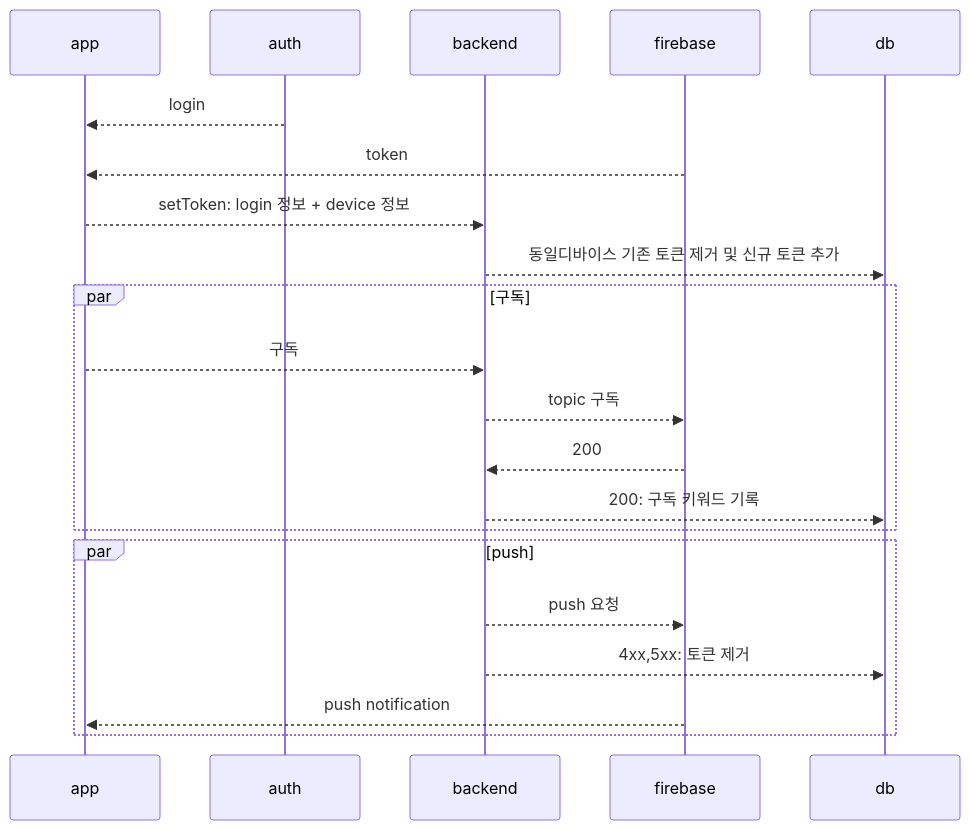
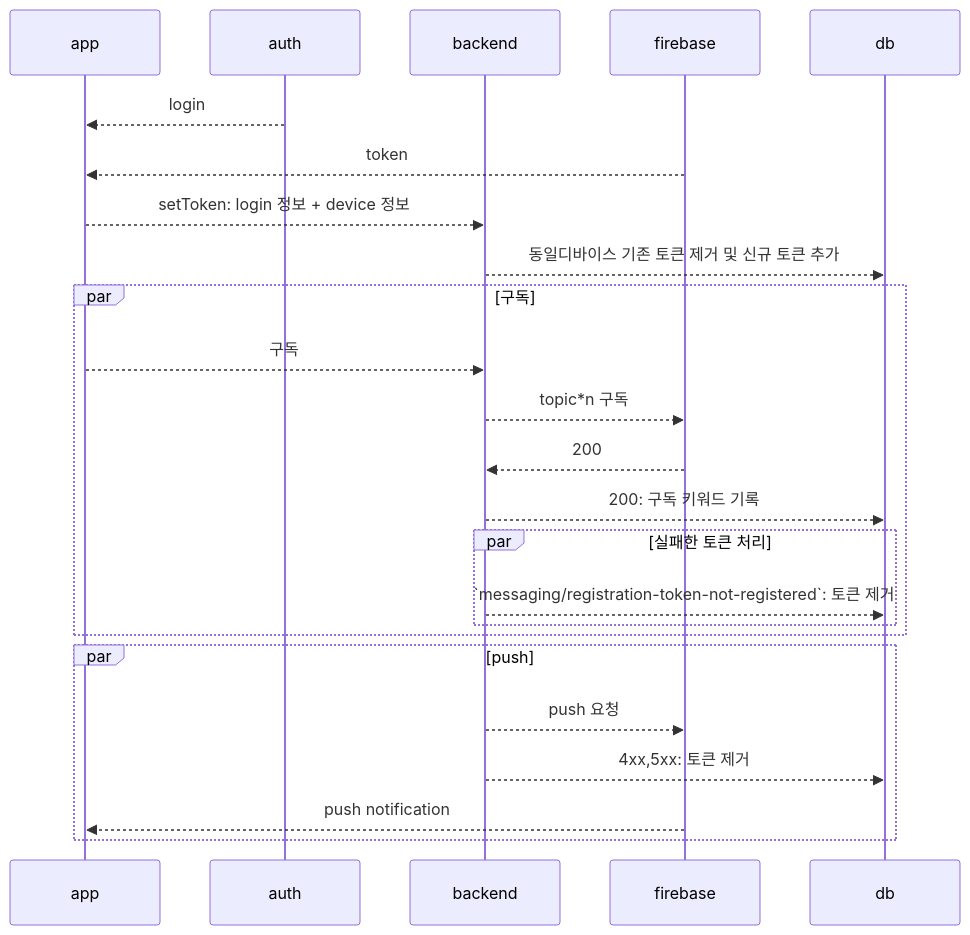
Before and after one commit to deptno/public-wiki: the diagram in fcm.md, drawn with Mermaid. The commit also changed 4 other files, not shown here.

````diff
--- a/fcm.md
+++ b/fcm.md
@@ -111,23 +111,26 @@
 ```mermaid
 sequenceDiagram
   participant a as app
   participant u as auth
   participant b as backend
   participant f as firebase
   participant d as db
   u -->> a: login
   f -->> a: token
   a -->> b: setToken: login 정보 + device 정보
   b -->> d: 동일디바이스 기존 토큰 제거 및 신규 토큰 추가
   par 구독
-  a -->> b: 구독
-  b -->> f: topic 구독
-  f -->> b: 200
-  b -->> d: 200: 구독 키워드 기록
+    a -->> b: 구독
+    b -->> f: topic*n 구독
+    f -->> b: 200
+    b -->> d: 200: 구독 키워드 기록
+    par 실패한 토큰 처리
+      b -->> d: `messaging/registration-token-not-registered`: 토큰 제거
+    end
   end
   par push
-  b -->> f: push 요청
-  b -->> d: 4xx,5xx: 토큰 제거
-  f -->> a: push notification
+    b -->> f: push 요청
+    b -->> d: 4xx,5xx: 토큰 제거
+    f -->> a: push notification
   end
 ```
````
